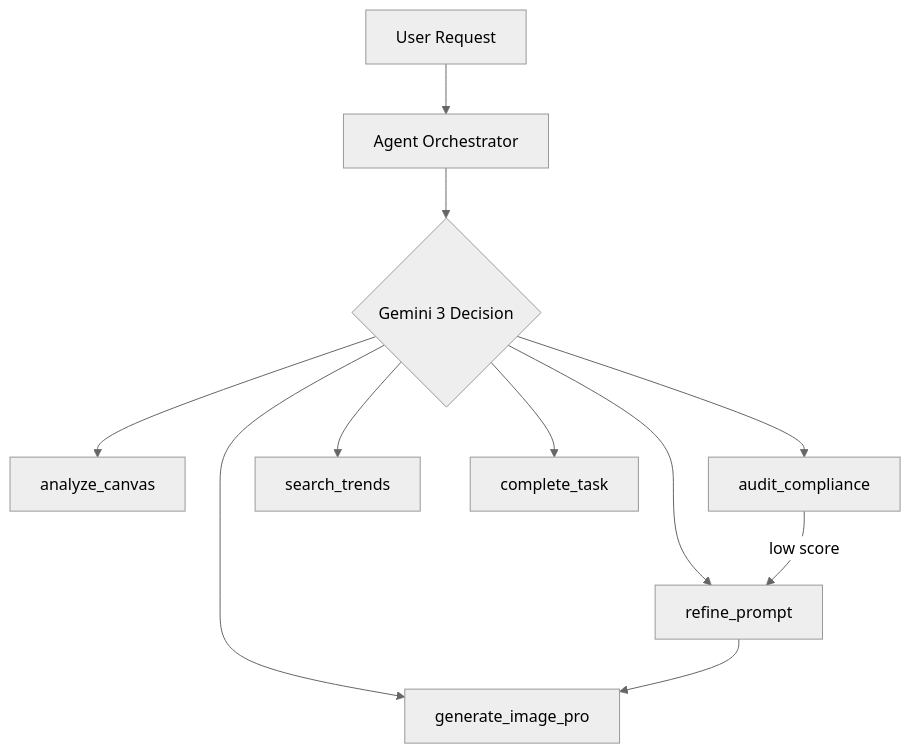
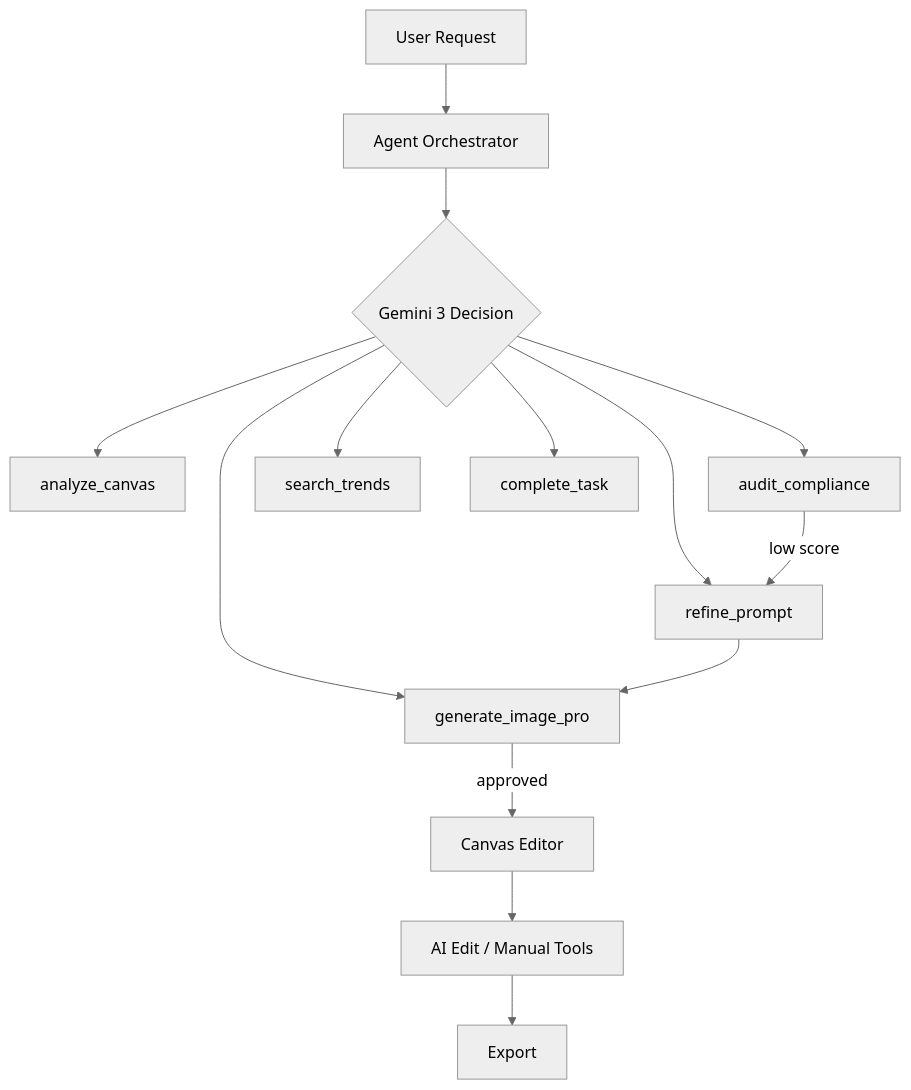
One commit to Zhav1/sentient-studio changed the diagram in PRODUCT_REQUIREMENTS_DOCUMENT.md. Above: the diagram before and after it, drawn with Mermaid (neutral theme). The commit also changed other lines of this file and 22 other files, not shown here.

````diff
--- a/PRODUCT_REQUIREMENTS_DOCUMENT.md
+++ b/PRODUCT_REQUIREMENTS_DOCUMENT.md
@@ -33,13 +33,16 @@
 ```mermaid
 graph TD
     A[User Request] --> B[Agent Orchestrator]
     B --> C{Gemini 3 Decision}
     C --> D[analyze_canvas]
     C --> E[generate_image_pro]
     C --> F[audit_compliance]
     C --> G[refine_prompt]
     C --> H[search_trends]
     C --> I[complete_task]
     F -->|low score| G
     G --> E
+    E -->|approved| J[Canvas Editor]
+    J --> K[AI Edit / Manual Tools]
+    K --> L[Export]
 ```
````
